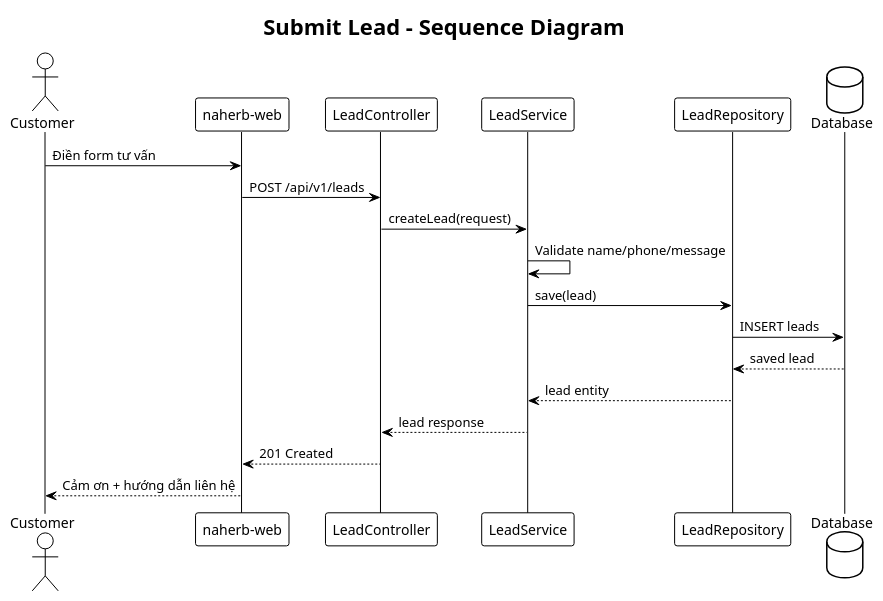
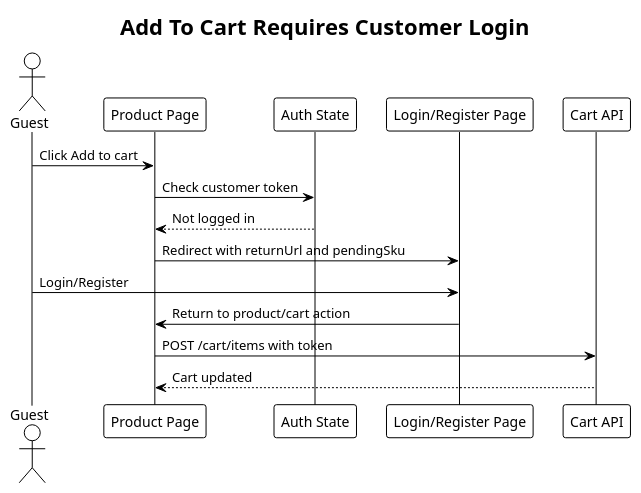
The seventh of 9 diagrams in docs/SDD.md (Dyuedu071/NaHerbs), drawn with PlantUML before and after one commit. The commit also changed other lines of this file and 42 other files, not shown here.

Commit message:
feat: initialize NaHerbs web frontend and database schema with initial documentation and project structure

````diff
--- a/docs/SDD.md
+++ b/docs/SDD.md
@@ -1228,28 +579,24 @@
 ```plantuml
 @startuml
 !theme plain
 skinparam shadowing false
 skinparam defaultFontName Arial
 
-title Submit Lead - Sequence Diagram
+title Add To Cart Requires Customer Login
 
-actor "Customer" as Customer
-participant "naherb-web" as Web
-participant "LeadController" as Controller
-participant "LeadService" as Service
-participant "LeadRepository" as Repo
-database "Database" as DB
+actor Guest
+participant "Product Page" as Page
+participant "Auth State" as Auth
+participant "Login/Register Page" as Login
+participant "Cart API" as CartAPI
 
-Customer -> Web : Điền form tư vấn
-Web -> Controller : POST /api/v1/leads
-Controller -> Service : createLead(request)
-Service -> Service : Validate name/phone/message
-Service -> Repo : save(lead)
-Repo -> DB : INSERT leads
-DB --> Repo : saved lead
-Repo --> Service : lead entity
-Service --> Controller : lead response
-Controller --> Web : 201 Created
-Web --> Customer : Cảm ơn + hướng dẫn liên hệ
+Guest -> Page : Click Add to cart
+Page -> Auth : Check customer token
+Auth --> Page : Not logged in
+Page -> Login : Redirect with returnUrl and pendingSku
+Guest -> Login : Login/Register
+Login -> Page : Return to product/cart action
+Page -> CartAPI : POST /cart/items with token
+CartAPI --> Page : Cart updated
 @enduml
 ```
````
